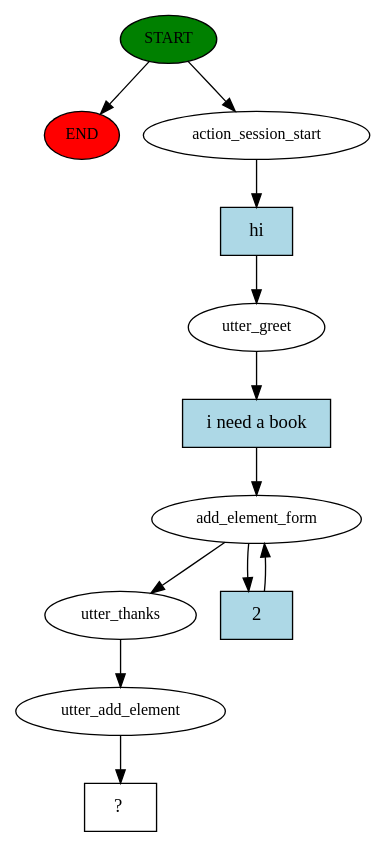
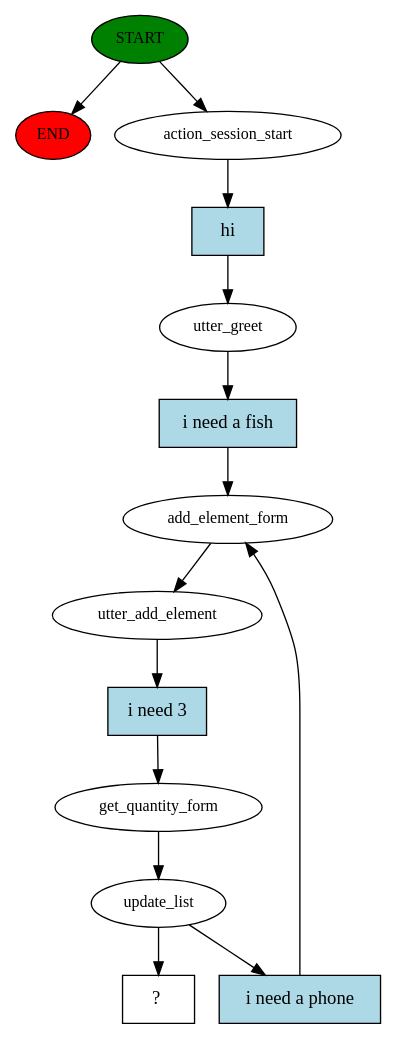
Before and after one commit to ChristianTedesco98/chatbot_purchaselists: the diagram in story_graph.dot, drawn with Graphviz. The commit also changed 19 other files, not shown here.

```diff
--- a/story_graph.dot
+++ b/story_graph.dot
@@ -1,24 +1,28 @@
 digraph  {
 0 [class="start active", fillcolor=green, fontsize=12, label=START, style=filled];
 "-1" [class=end, fillcolor=red, fontsize=12, label=END, style=filled];
 1 [class=active, fontsize=12, label=action_session_start];
 2 [class=active, fontsize=12, label=utter_greet];
 3 [class=active, fontsize=12, label=add_element_form];
-5 [class=active, fontsize=12, label=utter_thanks];
-6 [class=active, fontsize=12, label=utter_add_element];
-7 [class="intent dashed active", label="  ?  ", shape=rect];
-8 [class="intent active", fillcolor=lightblue, label=hi, shape=rect, style=filled];
-9 [class="intent active", fillcolor=lightblue, label="i need a book", shape=rect, style=filled];
-10 [class="intent active", fillcolor=lightblue, label=2, shape=rect, style=filled];
+4 [class=active, fontsize=12, label=utter_add_element];
+5 [class=active, fontsize=12, label=get_quantity_form];
+6 [class=active, fontsize=12, label=update_list];
+11 [class="intent dashed active", label="  ?  ", shape=rect];
+12 [class="intent active", fillcolor=lightblue, label=hi, shape=rect, style=filled];
+13 [class="intent active", fillcolor=lightblue, label="i need a fish", shape=rect, style=filled];
+14 [class="intent active", fillcolor=lightblue, label="i need 3", shape=rect, style=filled];
+15 [class="intent active", fillcolor=lightblue, label="i need a phone", shape=rect, style=filled];
 0 -> "-1"  [class="", key=NONE, label=""];
 0 -> 1  [class=active, key=NONE, label=""];
-1 -> 8  [class=active, key=0];
-2 -> 9  [class=active, key=0];
-3 -> 5  [class=active, key=NONE, label=""];
-3 -> 10  [class=active, key=0];
+1 -> 12  [class=active, key=0];
+2 -> 13  [class=active, key=0];
+3 -> 4  [class=active, key=NONE, label=""];
+4 -> 14  [class=active, key=0];
 5 -> 6  [class=active, key=NONE, label=""];
-6 -> 7  [class=active, key=NONE, label=""];
-8 -> 2  [class=active, key=0];
-9 -> 3  [class=active, key=0];
-10 -> 3  [class=active, key=0];
+6 -> 11  [class=active, key=NONE, label=""];
+6 -> 15  [class=active, key=0];
+12 -> 2  [class=active, key=0];
+13 -> 3  [class=active, key=0];
+14 -> 5  [class=active, key=0];
+15 -> 3  [class=active, key=0];
 }
```
